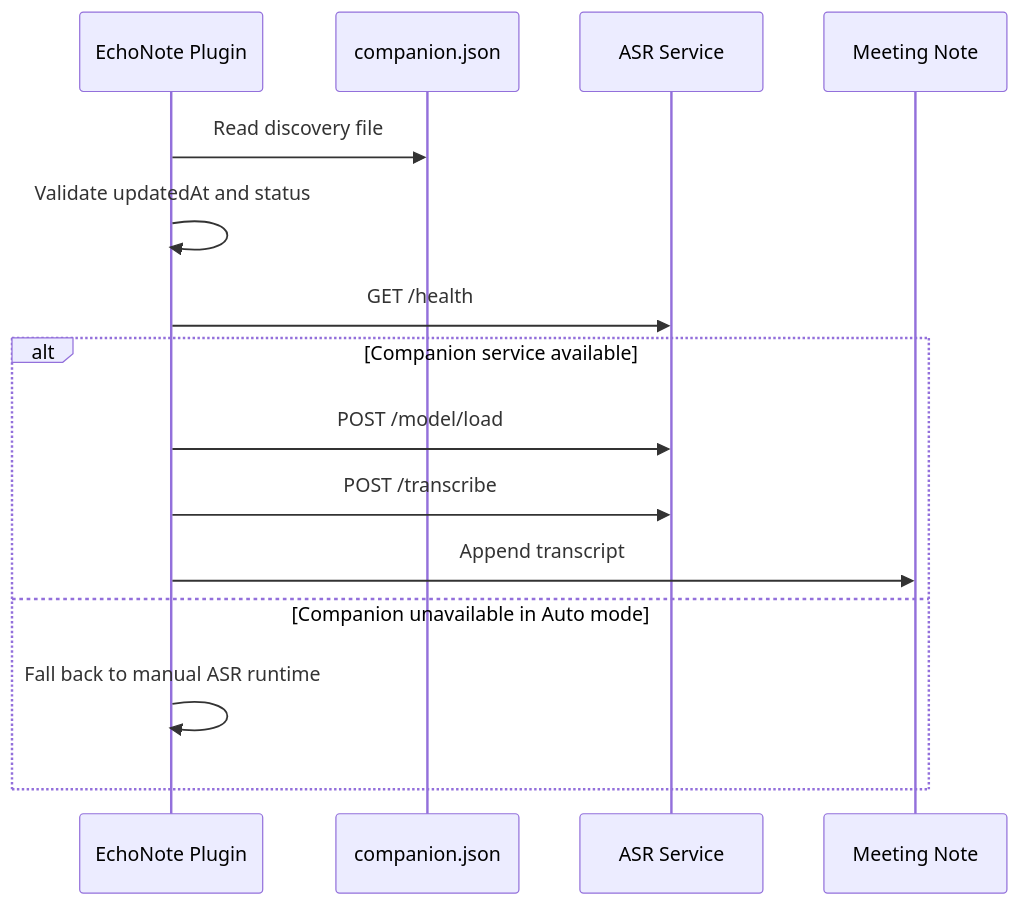
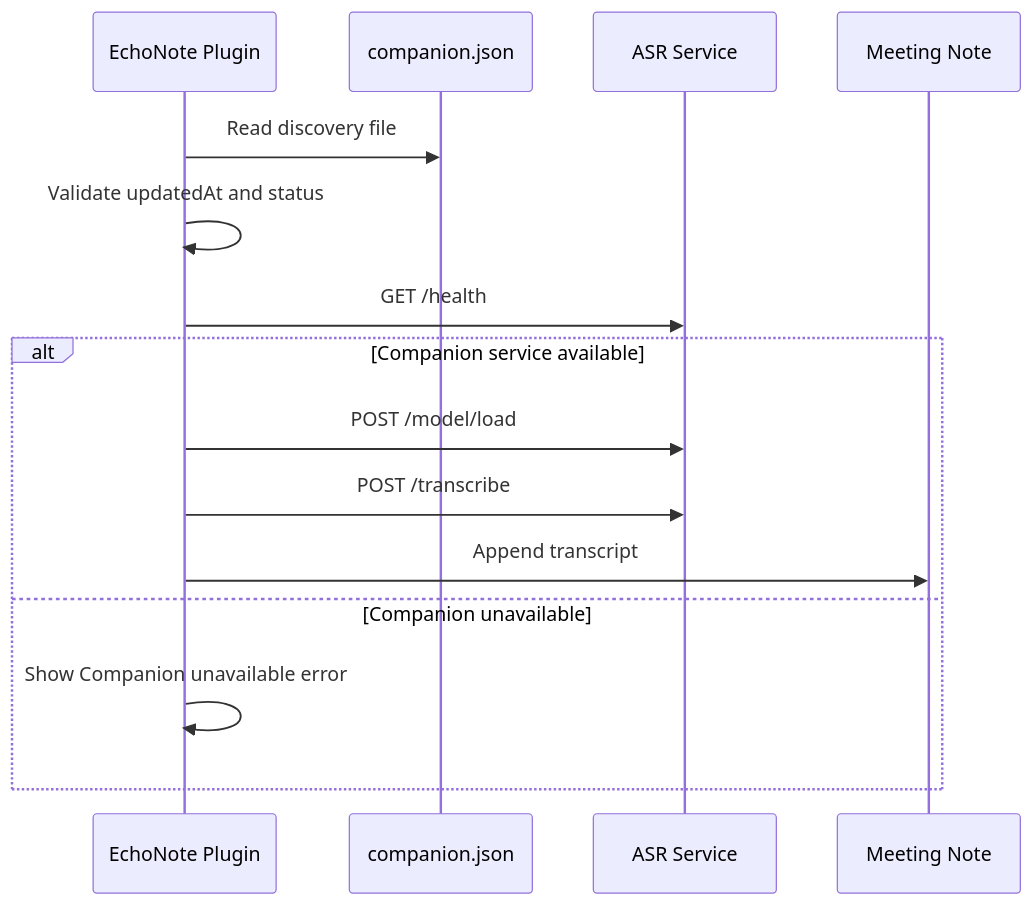
Before and after one commit to rebill/EchoNote: the second of 3 diagrams in docs/V0_2_0_TAURI_COMPANION_TECH_DESIGN.md, drawn with Mermaid. The commit also changed other lines of this file and 116 other files, not shown here.

Commit message:
Release v0.2.0 companion runtime

````diff
--- a/docs/V0_2_0_TAURI_COMPANION_TECH_DESIGN.md
+++ b/docs/V0_2_0_TAURI_COMPANION_TECH_DESIGN.md
@@ -639,18 +655,18 @@
 ```mermaid
 sequenceDiagram
   participant P as EchoNote Plugin
   participant D as companion.json
   participant A as ASR Service
   participant N as Meeting Note
 
   P->>D: Read discovery file
   P->>P: Validate updatedAt and status
   P->>A: GET /health
   alt Companion service available
     P->>A: POST /model/load
     P->>A: POST /transcribe
     P->>N: Append transcript
-  else Companion unavailable in Auto mode
-    P->>P: Fall back to manual ASR runtime
+  else Companion unavailable
+    P->>P: Show Companion unavailable error
   end
 ```
````
